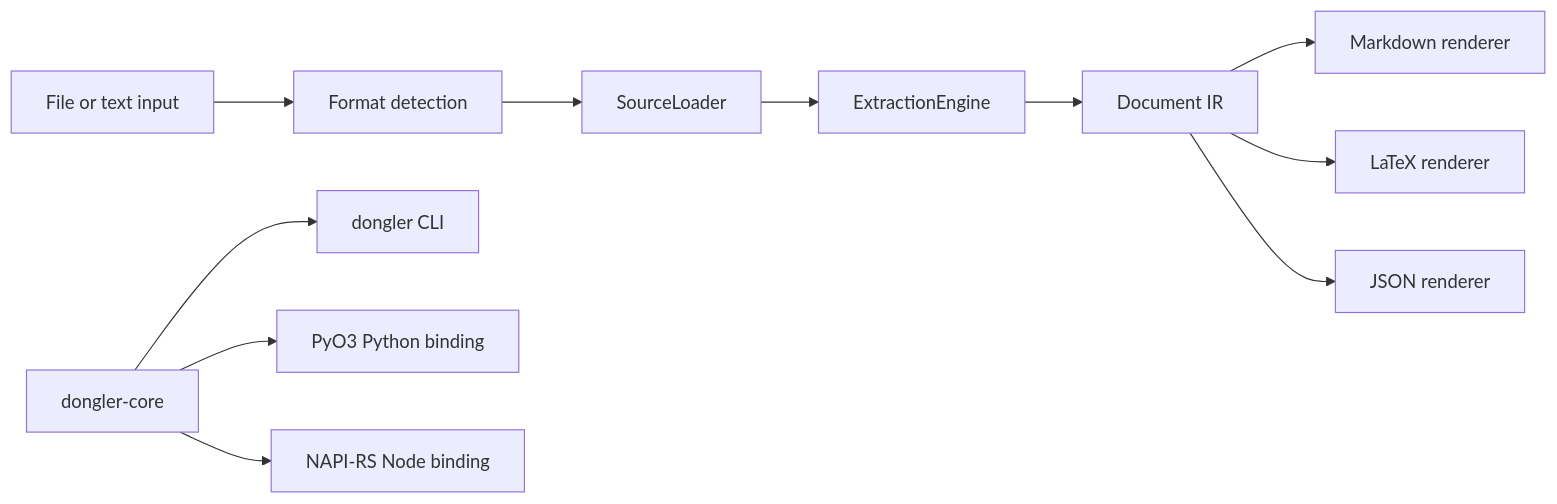
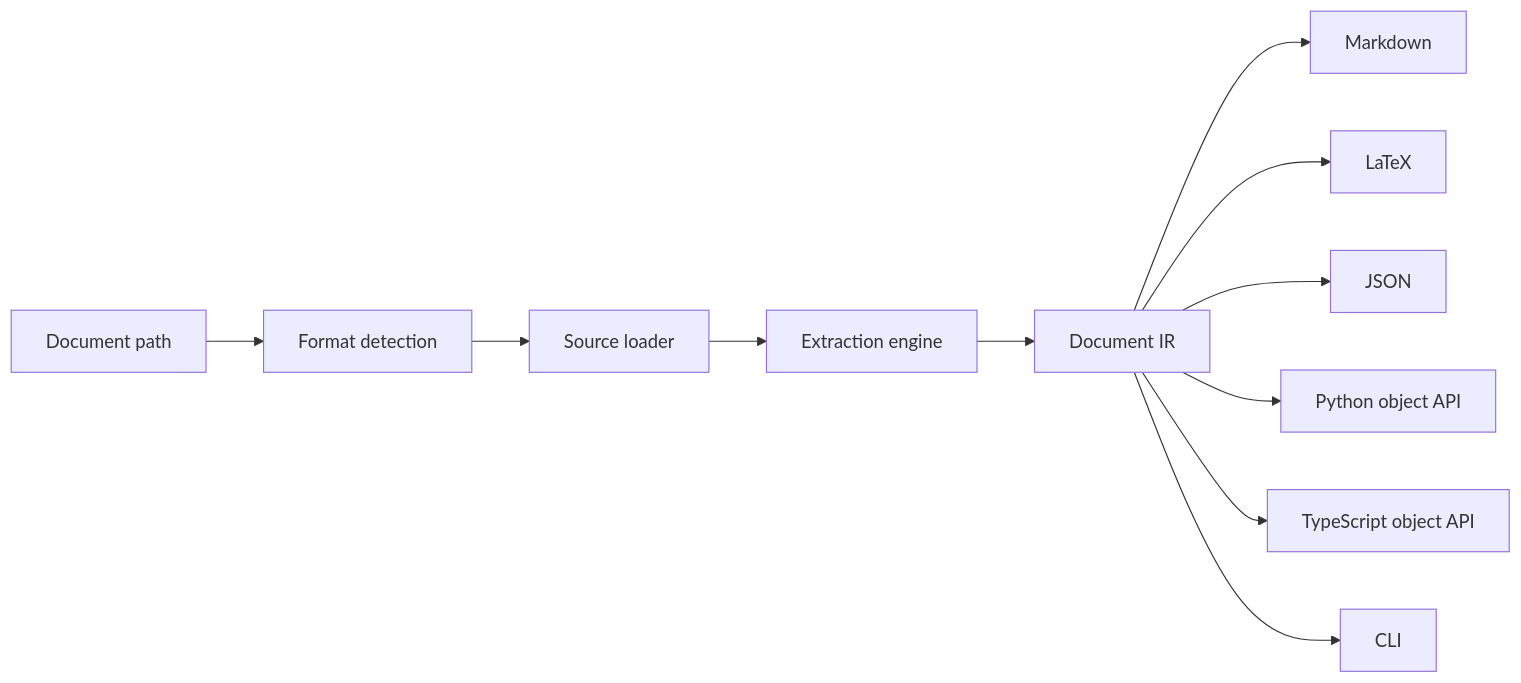
The diagram in README.md (cristianexer/dongler), drawn with Mermaid before and after one commit. The commit also changed other lines of this file and 40 other files, not shown here.

````diff
--- a/README.md
+++ b/README.md
@@ -124,13 +203,13 @@
 ```mermaid
 flowchart LR
-    Input["File or text input"] --> Detect["Format detection"]
-    Detect --> Loader["SourceLoader"]
-    Loader --> Engine["ExtractionEngine"]
+    Path["Document path"] --> Format["Format detection"]
+    Format --> Loader["Source loader"]
+    Loader --> Engine["Extraction engine"]
     Engine --> IR["Document IR"]
-    IR --> Markdown["Markdown renderer"]
-    IR --> Latex["LaTeX renderer"]
-    IR --> Json["JSON renderer"]
-    Core["dongler-core"] --> CLI["dongler CLI"]
-    Core --> Py["PyO3 Python binding"]
-    Core --> Napi["NAPI-RS Node binding"]
+    IR --> Markdown["Markdown"]
+    IR --> Latex["LaTeX"]
+    IR --> Json["JSON"]
+    IR --> Python["Python object API"]
+    IR --> TypeScript["TypeScript object API"]
+    IR --> CLI["CLI"]
 ```
````
